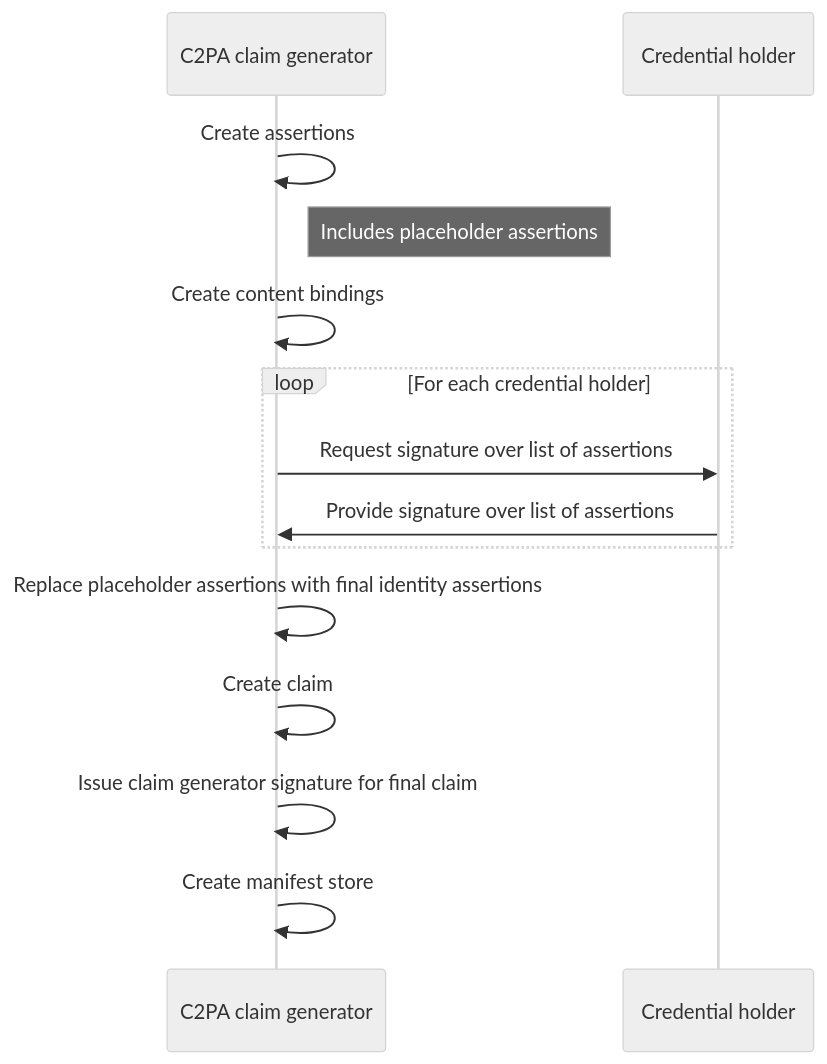
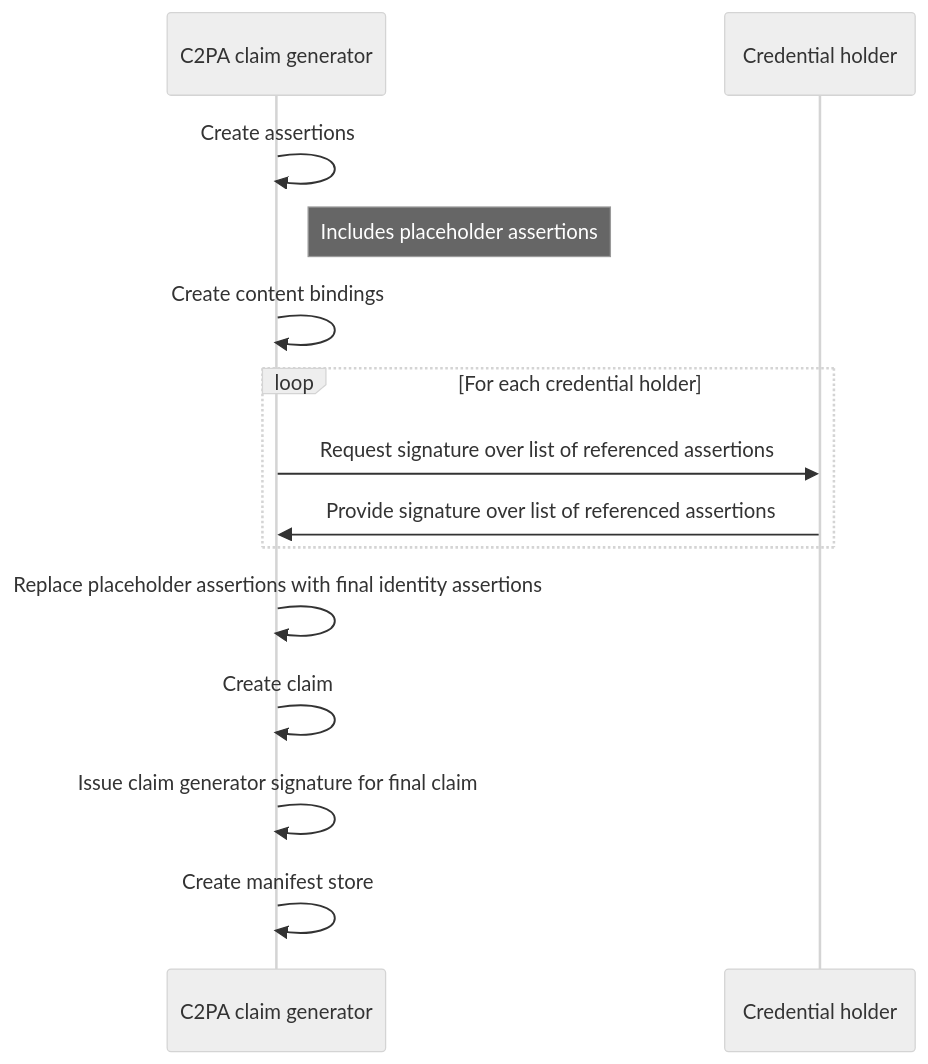
Before and after one commit to creator-assertions/identity-assertion: the first of 2 diagrams in docs/modules/ROOT/pages/index.adoc, drawn with Mermaid (neutral theme). The commit also changed other lines of this file and 1 other file, not shown here.

First line of the commit message:
Rename `assertions` field in identity assertion to `referenced_assertions`

```diff
--- a/docs/modules/ROOT/pages/index.adoc
+++ b/docs/modules/ROOT/pages/index.adoc
@@ -275,20 +275,20 @@
 [mermaid,width=100%]
 ....
 sequenceDiagram
     participant G as C2PA claim generator
     participant H as Credential holder
 
     G->>G: Create assertions
     Note right of G: Includes placeholder assertions
     G->>G: Create content bindings
     
     loop For each credential holder
-    G->>H: Request signature over list of assertions
-    H->>G: Provide signature over list of assertions
+    G->>H: Request signature over list of referenced assertions
+    H->>G: Provide signature over list of referenced assertions
     end
 
     G->>G: Replace placeholder assertions with final identity assertions
     G->>G: Create claim
     G->>G: Issue claim generator signature for final claim
     G->>G: Create manifest store
 ....
```
